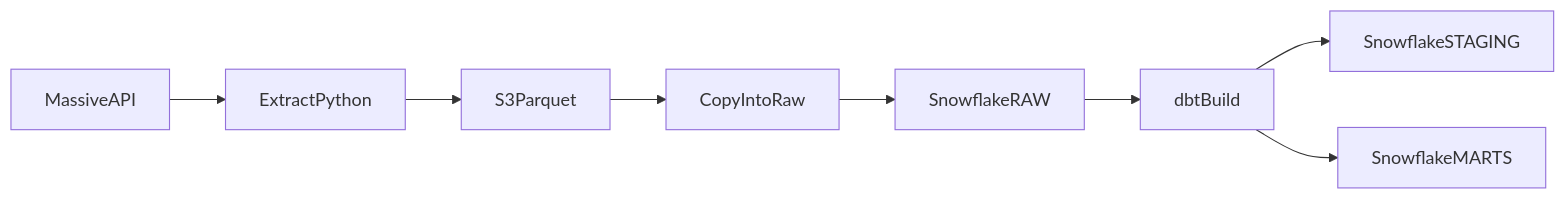
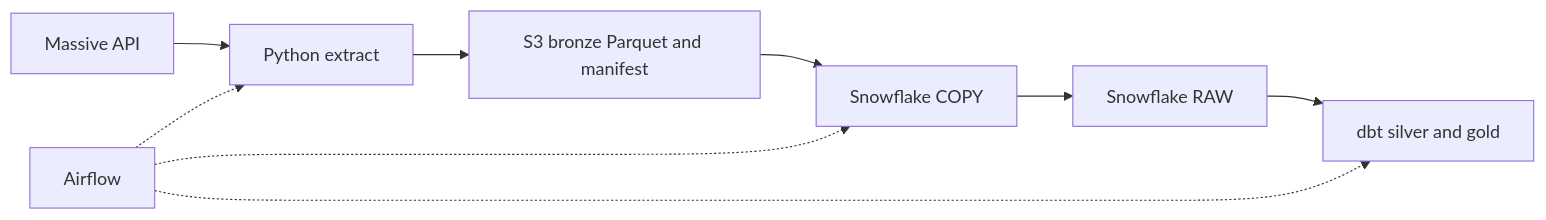
One commit to JonTrader/massive-etl-pipeline changed the diagram in README.md. Above: the diagram before and after it, drawn with Mermaid. The commit also changed other lines of this file and 6 other files, not shown here.

First line of the commit message:
Add Snowflake RAW bootstrap and date-scoped loader.

````diff
--- a/README.md
+++ b/README.md
@@ -26,18 +11,14 @@
 ```mermaid
 flowchart LR
-  massiveApi[MassiveAPI]
-  extractTask[ExtractPython]
-  s3Bronze[S3Parquet]
-  copyTask[CopyIntoRaw]
-  rawTable[SnowflakeRAW]
-  dbtTask[dbtBuild]
-  staging[SnowflakeSTAGING]
-  marts[SnowflakeMARTS]
-  massiveApi --> extractTask
-  extractTask --> s3Bronze
-  s3Bronze --> copyTask
-  copyTask --> rawTable
-  rawTable --> dbtTask
-  dbtTask --> staging
-  dbtTask --> marts
+  massiveApi[Massive API]
+  extract[Python extract]
+  bronze[S3 bronze Parquet and manifest]
+  copyInto[Snowflake COPY]
+  raw[Snowflake RAW]
+  dbt[dbt silver and gold]
+  airflow[Airflow]
+  massiveApi --> extract --> bronze --> copyInto --> raw --> dbt
+  airflow -.-> extract
+  airflow -.-> copyInto
+  airflow -.-> dbt
 ```
````
